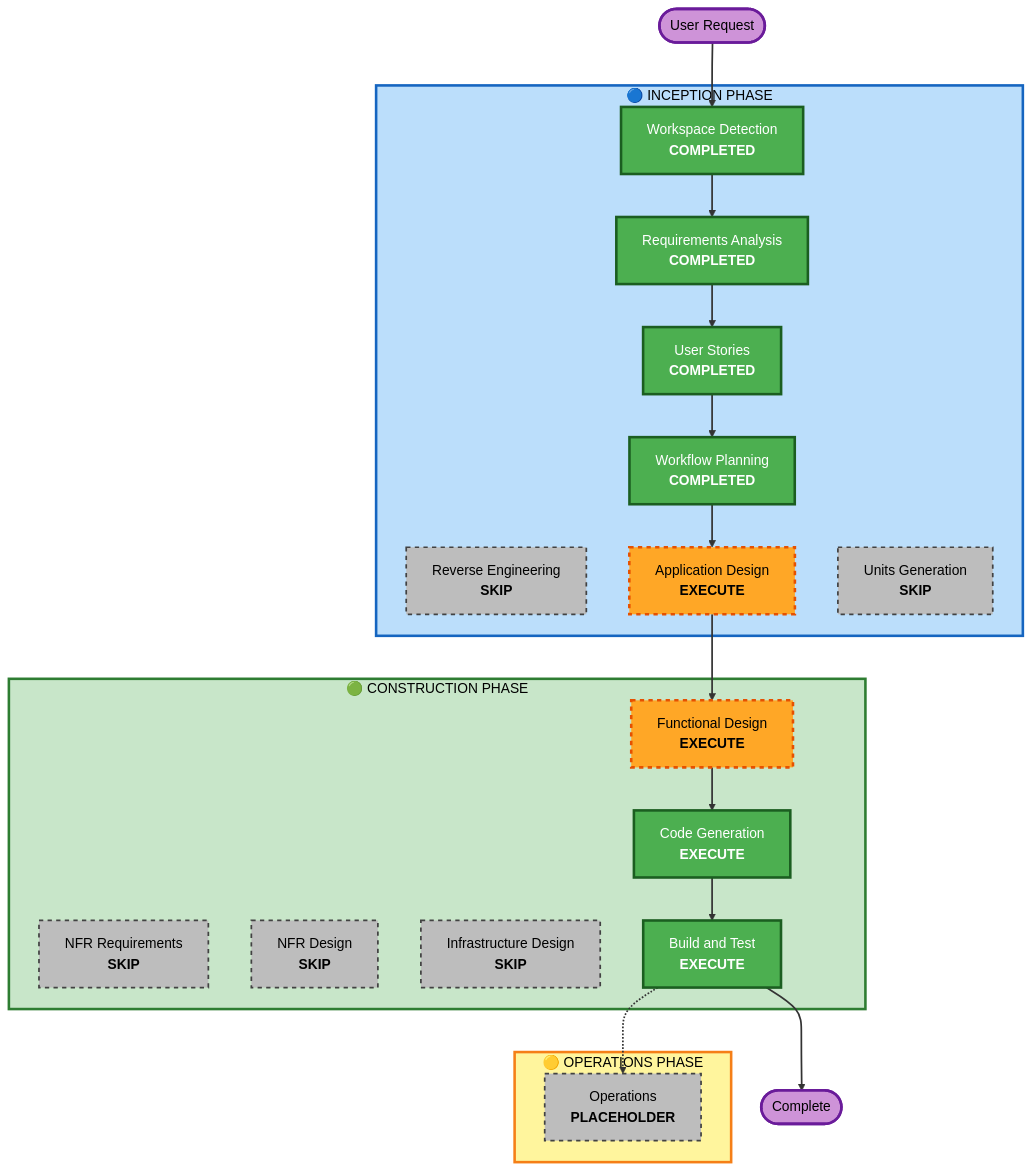
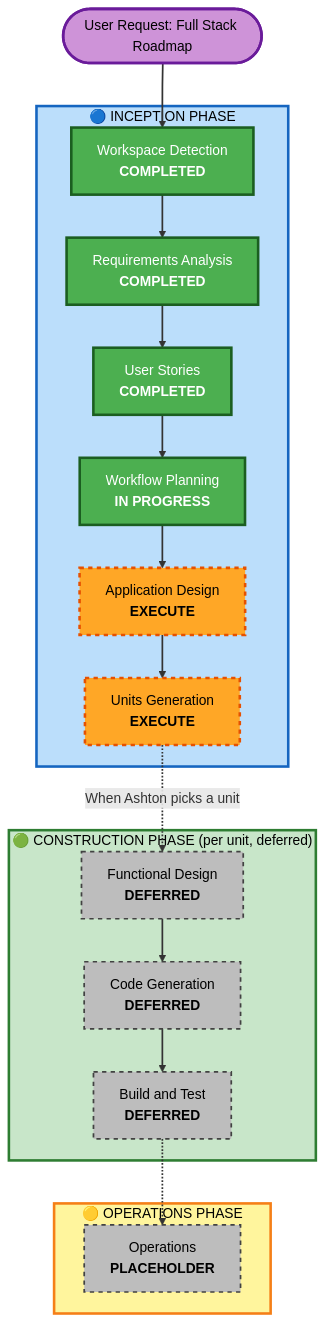
Before and after one commit to Duckayy/DungeonsAndDragonsNotesApp: the diagram in dnd-notetaker/aidlc-docs/inception/plans/execution-plan.md, drawn with Mermaid. The commit also changed other lines of this file and 7 other files, not shown here.

````diff
--- a/dnd-notetaker/aidlc-docs/inception/plans/execution-plan.md
+++ b/dnd-notetaker/aidlc-docs/inception/plans/execution-plan.md
@@ -41,60 +30,44 @@
 ```mermaid
 flowchart TD
-    Start(["User Request"])
+    Start(["User Request: Full Stack Roadmap"])
 
     subgraph INCEPTION["🔵 INCEPTION PHASE"]
         WD["Workspace Detection<br/><b>COMPLETED</b>"]
-        RE["Reverse Engineering<br/><b>SKIP</b>"]
         RA["Requirements Analysis<br/><b>COMPLETED</b>"]
         US["User Stories<br/><b>COMPLETED</b>"]
-        WP["Workflow Planning<br/><b>COMPLETED</b>"]
+        WP["Workflow Planning<br/><b>IN PROGRESS</b>"]
         AD["Application Design<br/><b>EXECUTE</b>"]
-        UG["Units Generation<br/><b>SKIP</b>"]
+        UG["Units Generation<br/><b>EXECUTE</b>"]
     end
 
-    subgraph CONSTRUCTION["🟢 CONSTRUCTION PHASE"]
-        FD["Functional Design<br/><b>EXECUTE</b>"]
-        NFRA["NFR Requirements<br/><b>SKIP</b>"]
-        NFRD["NFR Design<br/><b>SKIP</b>"]
-        ID["Infrastructure Design<br/><b>SKIP</b>"]
-        CG["Code Generation<br/><b>EXECUTE</b>"]
-        BT["Build and Test<br/><b>EXECUTE</b>"]
+    subgraph CONSTRUCTION["🟢 CONSTRUCTION PHASE (per unit, deferred)"]
+        FD["Functional Design<br/><b>DEFERRED</b>"]
+        CG["Code Generation<br/><b>DEFERRED</b>"]
+        BT["Build and Test<br/><b>DEFERRED</b>"]
     end
 
     subgraph OPERATIONS["🟡 OPERATIONS PHASE"]
         OPS["Operations<br/><b>PLACEHOLDER</b>"]
     end
 
-    Start --> WD
-    WD --> RA
-    RA --> US
-    US --> WP
-    WP --> AD
-    AD --> FD
-    FD --> CG
-    CG --> BT
+    Start --> WD --> RA --> US --> WP --> AD --> UG
+    UG -.->|"When Ashton picks a unit"| FD --> CG --> BT
     BT -.-> OPS
-    BT --> End(["Complete"])
 
     style WD fill:#4CAF50,stroke:#1B5E20,stroke-width:3px,color:#fff
     style RA fill:#4CAF50,stroke:#1B5E20,stroke-width:3px,color:#fff
     style US fill:#4CAF50,stroke:#1B5E20,stroke-width:3px,color:#fff
     style WP fill:#4CAF50,stroke:#1B5E20,stroke-width:3px,color:#fff
-    style CG fill:#4CAF50,stroke:#1B5E20,stroke-width:3px,color:#fff
-    style BT fill:#4CAF50,stroke:#1B5E20,stroke-width:3px,color:#fff
-    style RE fill:#BDBDBD,stroke:#424242,stroke-width:2px,stroke-dasharray: 5 5,color:#000
-    style UG fill:#BDBDBD,stroke:#424242,stroke-width:2px,stroke-dasharray: 5 5,color:#000
-    style NFRA fill:#BDBDBD,stroke:#424242,stroke-width:2px,stroke-dasharray: 5 5,color:#000
-    style NFRD fill:#BDBDBD,stroke:#424242,stroke-width:2px,stroke-dasharray: 5 5,color:#000
-    style ID fill:#BDBDBD,stroke:#424242,stroke-width:2px,stroke-dasharray: 5 5,color:#000
     style AD fill:#FFA726,stroke:#E65100,stroke-width:3px,stroke-dasharray: 5 5,color:#000
-    style FD fill:#FFA726,stroke:#E65100,stroke-width:3px,stroke-dasharray: 5 5,color:#000
+    style UG fill:#FFA726,stroke:#E65100,stroke-width:3px,stroke-dasharray: 5 5,color:#000
+    style FD fill:#BDBDBD,stroke:#424242,stroke-width:2px,stroke-dasharray: 5 5,color:#000
+    style CG fill:#BDBDBD,stroke:#424242,stroke-width:2px,stroke-dasharray: 5 5,color:#000
+    style BT fill:#BDBDBD,stroke:#424242,stroke-width:2px,stroke-dasharray: 5 5,color:#000
     style OPS fill:#BDBDBD,stroke:#424242,stroke-width:2px,stroke-dasharray: 5 5,color:#000
-    style INCEPTION fill:#BBDEFB,stroke:#1565C0,stroke-width:3px, color:#000
-    style CONSTRUCTION fill:#C8E6C9,stroke:#2E7D32,stroke-width:3px, color:#000
-    style OPERATIONS fill:#FFF59D,stroke:#F57F17,stroke-width:3px, color:#000
+    style INCEPTION fill:#BBDEFB,stroke:#1565C0,stroke-width:3px,color:#000
+    style CONSTRUCTION fill:#C8E6C9,stroke:#2E7D32,stroke-width:3px,color:#000
+    style OPERATIONS fill:#FFF59D,stroke:#F57F17,stroke-width:3px,color:#000
     style Start fill:#CE93D8,stroke:#6A1B9A,stroke-width:3px,color:#000
-    style End fill:#CE93D8,stroke:#6A1B9A,stroke-width:3px,color:#000
 
     linkStyle default stroke:#333,stroke-width:2px
 ```
````
